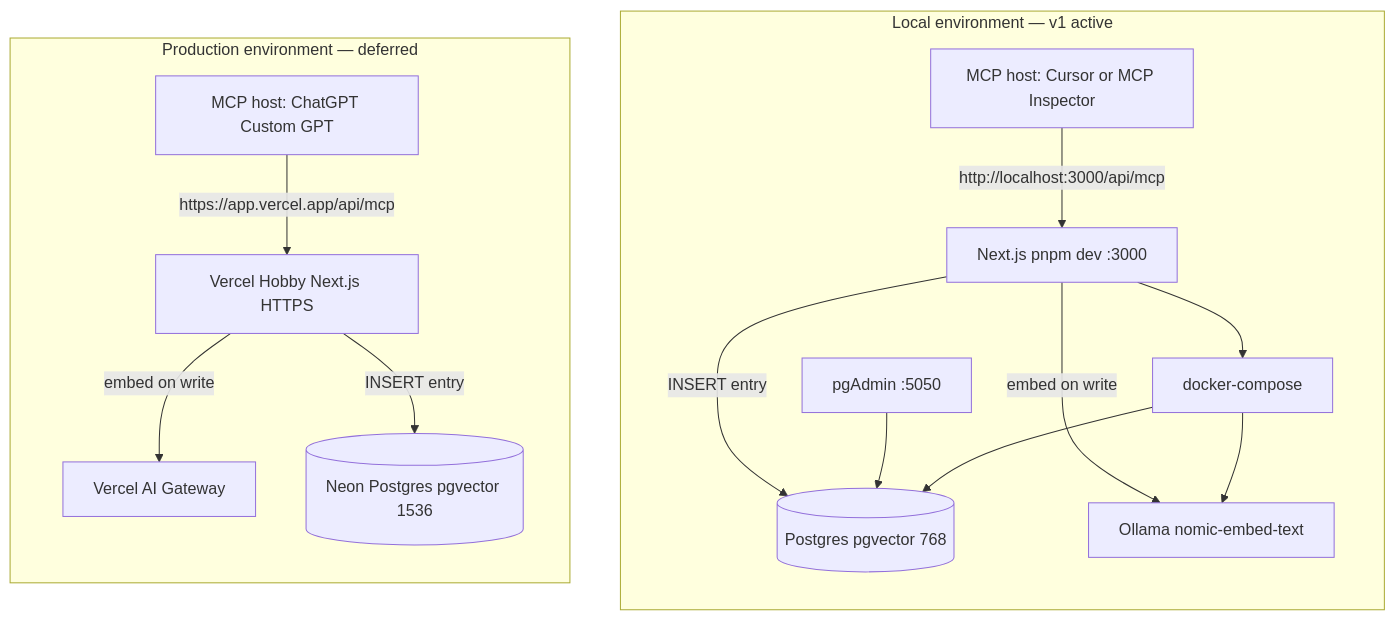
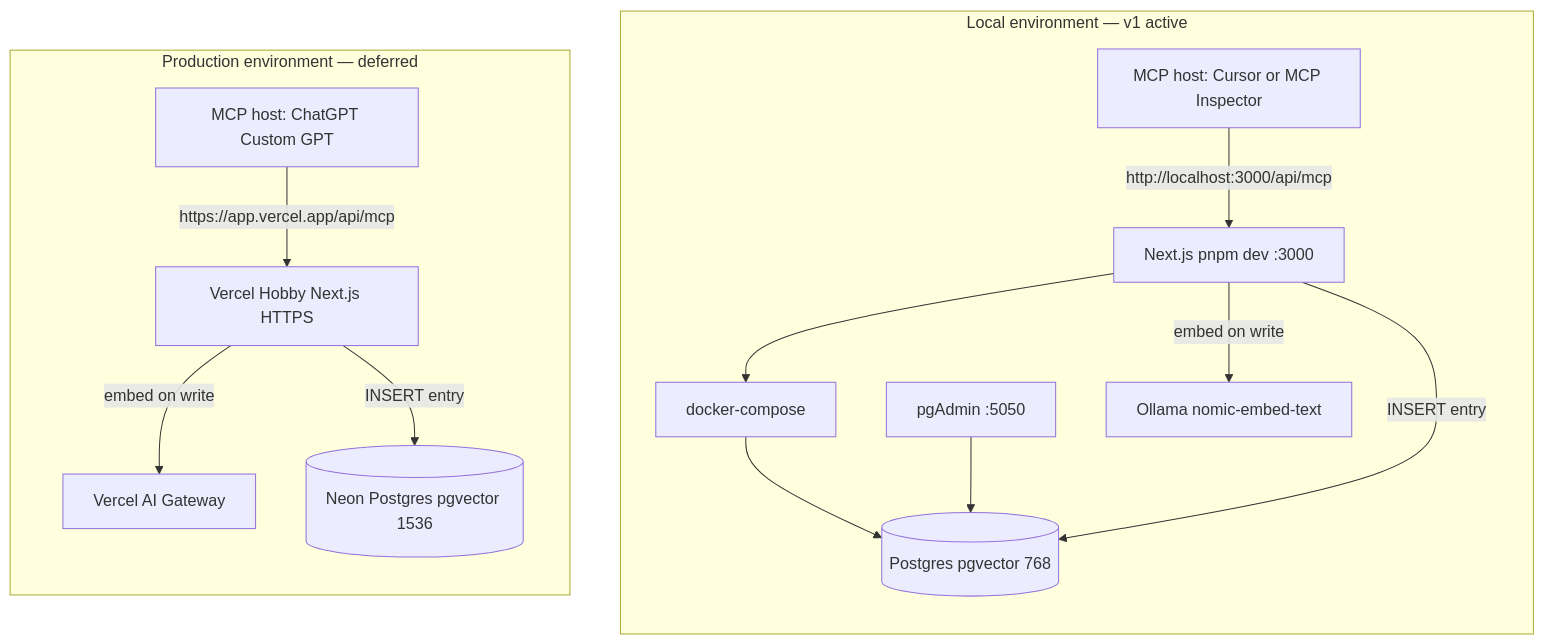
Before and after one commit to roussakov/journal: the first of 6 diagrams in ARCHITECTURE.md, drawn with Mermaid. The commit also changed other lines of this file and 10 other files, not shown here.

````diff
--- a/ARCHITECTURE.md
+++ b/ARCHITECTURE.md
@@ -9,32 +9,31 @@
 ```mermaid
 flowchart TB
   subgraph localEnv [Local environment — v1 active]
     direction TB
     LocalHost["MCP host: Cursor or MCP Inspector"]
     LocalApp["Next.js pnpm dev :3000"]
     LocalDocker["docker-compose"]
     LocalPG[(Postgres pgvector 768)]
     LocalOllama[Ollama nomic-embed-text]
     LocalPgAdmin[pgAdmin :5050]
 
     LocalHost -->|"http://localhost:3000/api/mcp"| LocalApp
     LocalApp --> LocalDocker
     LocalDocker --> LocalPG
-    LocalDocker --> LocalOllama
     LocalPgAdmin --> LocalPG
     LocalApp -->|"embed on write"| LocalOllama
     LocalApp -->|"INSERT entry"| LocalPG
   end
 
   subgraph prodEnv [Production environment — deferred]
     direction TB
     ProdHost["MCP host: ChatGPT Custom GPT"]
     ProdApp["Vercel Hobby Next.js HTTPS"]
     ProdNeon[(Neon Postgres pgvector 1536)]
     ProdGateway["Vercel AI Gateway"]
 
     ProdHost -->|"https://app.vercel.app/api/mcp"| ProdApp
     ProdApp -->|"embed on write"| ProdGateway
     ProdApp -->|"INSERT entry"| ProdNeon
   end
 ```
````
